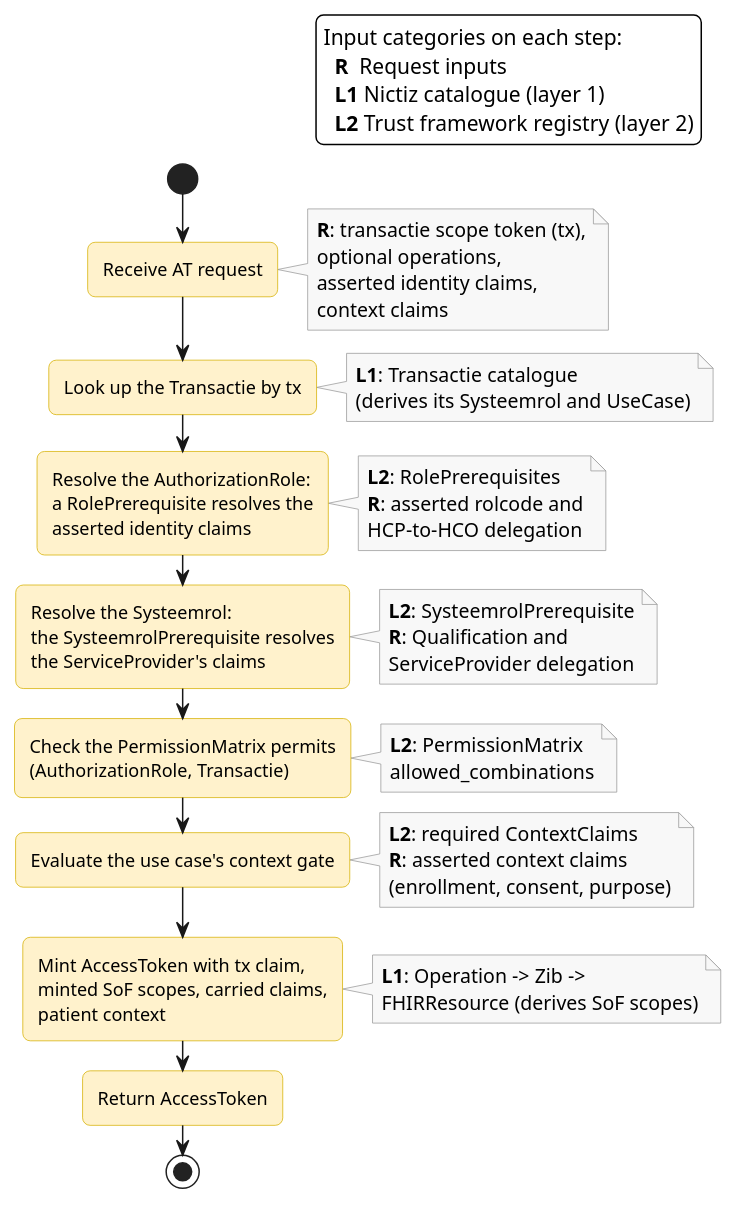
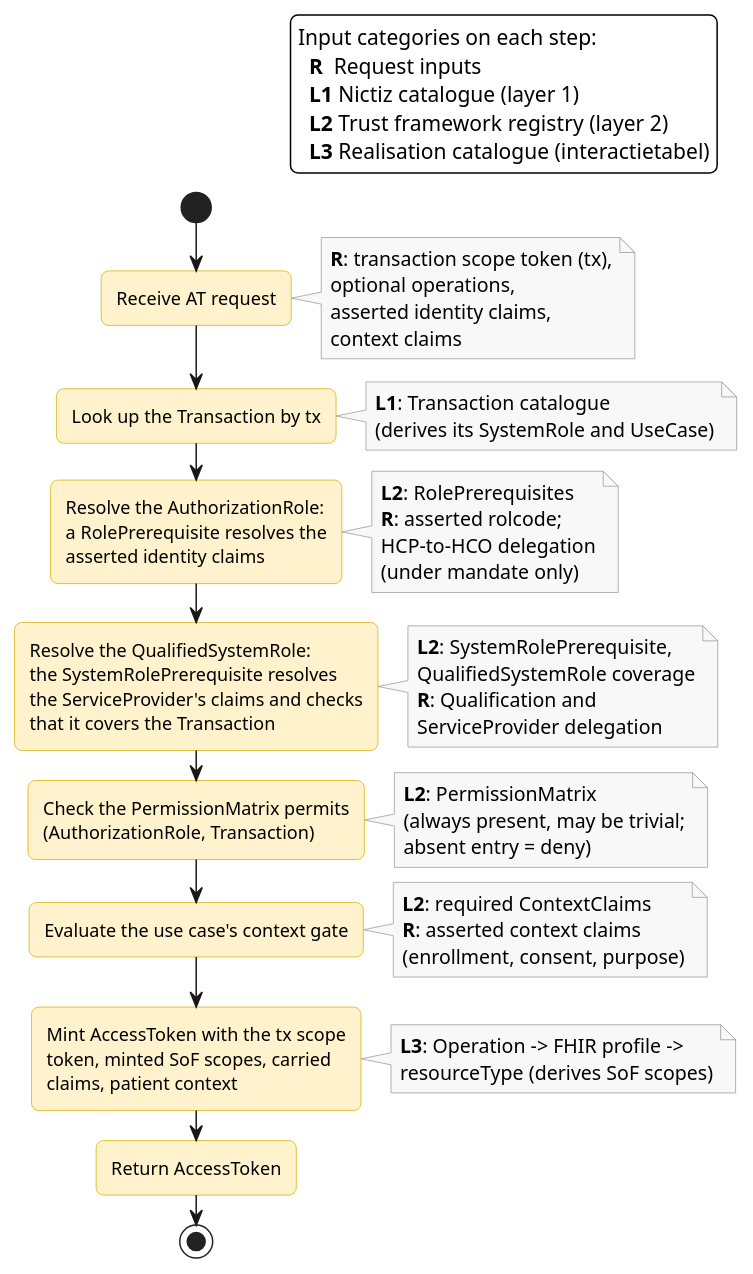
Before and after one commit to nuts-foundation/nl-generic-functions-ig: the diagram in input/images-source/authorization-model-evaluation.plantuml, drawn with PlantUML. The commit also changed 7 other files, not shown here.

```diff
--- a/input/images-source/authorization-model-evaluation.plantuml
+++ b/input/images-source/authorization-model-evaluation.plantuml
@@ -5,82 +5,87 @@
 @startuml authorization-model-evaluation
 
 skinparam defaultFontName Arial
 skinparam backgroundColor white
 skinparam roundcorner 10
 skinparam activity {
   BackgroundColor #FFF2CC
   BorderColor #D6B000
 }
 skinparam noteBackgroundColor #F8F8F8
 skinparam noteBorderColor #999999
 
 ' Happy path. Any check failure results in rejection (not shown).
 
 legend top right
   Input categories on each step:
     **R**  Request inputs
     **L1** Nictiz catalogue (layer 1)
     **L2** Trust framework registry (layer 2)
+    **L3** Realisation catalogue (interactietabel)
 endlegend
 
 start
 
 :Receive AT request;
 note right
-  **R**: transactie scope token (tx),
+  **R**: transaction scope token (tx),
   optional operations,
   asserted identity claims,
   context claims
 end note
 
-:Look up the Transactie by tx;
+:Look up the Transaction by tx;
 note right
-  **L1**: Transactie catalogue
-  (derives its Systeemrol and UseCase)
+  **L1**: Transaction catalogue
+  (derives its SystemRole and UseCase)
 end note
 
 :Resolve the AuthorizationRole:
 a RolePrerequisite resolves the
 asserted identity claims;
 note right
   **L2**: RolePrerequisites
-  **R**: asserted rolcode and
+  **R**: asserted rolcode;
   HCP-to-HCO delegation
+  (under mandate only)
 end note
 
-:Resolve the Systeemrol:
-the SysteemrolPrerequisite resolves
-the ServiceProvider's claims;
+:Resolve the QualifiedSystemRole:
+the SystemRolePrerequisite resolves
+the ServiceProvider's claims and checks
+that it covers the Transaction;
 note right
-  **L2**: SysteemrolPrerequisite
+  **L2**: SystemRolePrerequisite,
+  QualifiedSystemRole coverage
   **R**: Qualification and
   ServiceProvider delegation
 end note
 
 :Check the PermissionMatrix permits
-(AuthorizationRole, Transactie);
+(AuthorizationRole, Transaction);
 note right
   **L2**: PermissionMatrix
-  allowed_combinations
+  (always present, may be trivial;
+  absent entry = deny)
 end note
 
 :Evaluate the use case's context gate;
 note right
   **L2**: required ContextClaims
   **R**: asserted context claims
   (enrollment, consent, purpose)
 end note
 
-:Mint AccessToken with tx claim,
-minted SoF scopes, carried claims,
-patient context;
+:Mint AccessToken with the tx scope
+token, minted SoF scopes, carried
+claims, patient context;
 note right
-  **L1**: Operation -> Zib ->
-  FHIRResource (derives SoF scopes)
+  **L3**: Operation -> FHIR profile ->
+  resourceType (derives SoF scopes)
 end note
 
 :Return AccessToken;
 
 stop
 
 @enduml
```
